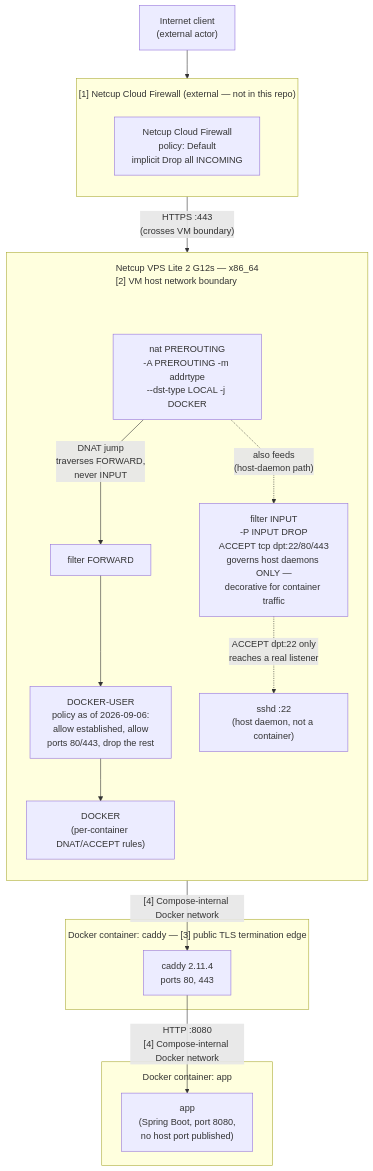
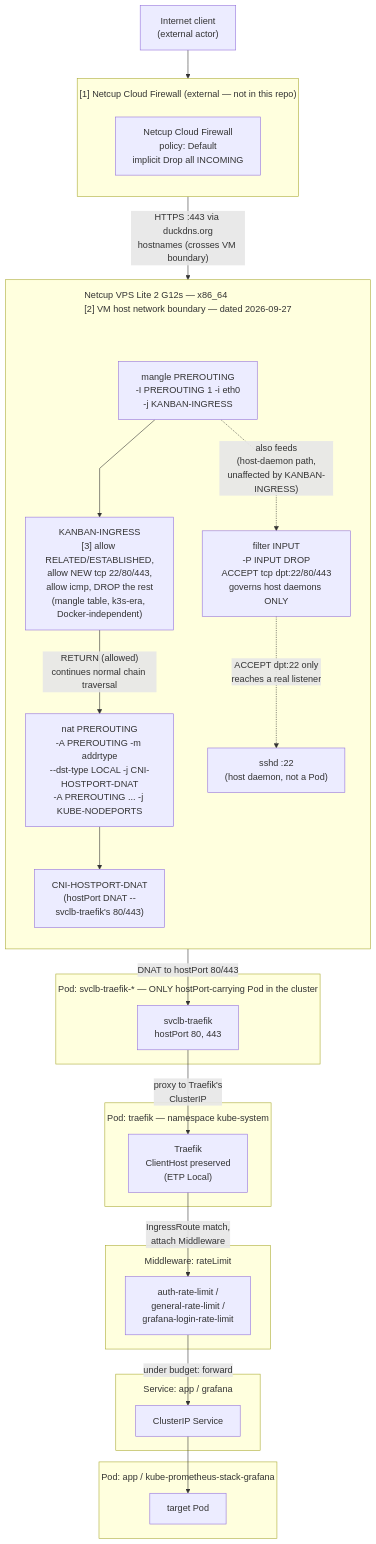
The diagram in docs/diagrams/infra-packet-path-scenario.mmd (RudVlad473/kanban-board-backend), drawn with Mermaid before and after one commit. The commit also changed 7 other files, not shown here.

```diff
--- a/docs/diagrams/infra-packet-path-scenario.mmd
+++ b/docs/diagrams/infra-packet-path-scenario.mmd
@@ -1,42 +1,54 @@
 %%{init: {"flowchart": {"subGraphTitleMargin": {"top": 15, "bottom": 15}, "curve": "linear"}}}%%
 flowchart TB
     client["Internet client<br/>(external actor)"]
 
     subgraph netcup_edge["[1] Netcup Cloud Firewall (external — not in this repo)"]
         direction TB
         netcup_fw["Netcup Cloud Firewall<br/>policy: Default<br/>implicit Drop all INCOMING"]
     end
 
-    subgraph vm["Netcup VPS Lite 2 G12s — x86_64<br/>[2] VM host network boundary"]
+    subgraph vm["Netcup VPS Lite 2 G12s — x86_64<br/>[2] VM host network boundary — dated 2026-09-27"]
         direction TB
 
         vm_spacer[" "]
         style vm_spacer height:1px,fill:none,stroke:none
 
-        prerouting["nat PREROUTING<br/>-A PREROUTING -m addrtype<br/>--dst-type LOCAL -j DOCKER"]
-        vm_spacer ~~~ prerouting
-        forward["filter FORWARD"]
-        docker_user["DOCKER-USER<br/>policy as of 2026-09-06:<br/>allow established, allow<br/>ports 80/443, drop the rest"]
-        docker_chain["DOCKER<br/>(per-container DNAT/ACCEPT rules)"]
+        mangle_pre["mangle PREROUTING<br/>-I PREROUTING 1 -i eth0<br/>-j KANBAN-INGRESS"]
+        vm_spacer ~~~ mangle_pre
+        kanban_ingress["KANBAN-INGRESS<br/>[3] allow RELATED/ESTABLISHED,<br/>allow NEW tcp 22/80/443,<br/>allow icmp, DROP the rest<br/>(mangle table, k3s-era, Docker-independent)"]
+        nat_pre["nat PREROUTING<br/>-A PREROUTING -m addrtype<br/>--dst-type LOCAL -j CNI-HOSTPORT-DNAT<br/>-A PREROUTING ... -j KUBE-NODEPORTS"]
+        cni_dnat["CNI-HOSTPORT-DNAT<br/>(hostPort DNAT --<br/>svclb-traefik's 80/443)"]
 
-        input["filter INPUT<br/>-P INPUT DROP<br/>ACCEPT tcp dpt:22/80/443<br/>governs host daemons ONLY —<br/>decorative for container traffic"]
-        sshd["sshd :22<br/>(host daemon, not a container)"]
+        input["filter INPUT<br/>-P INPUT DROP<br/>ACCEPT tcp dpt:22/80/443<br/>governs host daemons ONLY"]
+        sshd["sshd :22<br/>(host daemon, not a Pod)"]
 
-        prerouting -- "DNAT jump<br/>traverses FORWARD,<br/>never INPUT" --> forward
-        forward --> docker_user
-        docker_user --> docker_chain
-        prerouting -. "also feeds<br/>(host-daemon path)" .-> input
+        mangle_pre --> kanban_ingress
+        kanban_ingress -- "RETURN (allowed)<br/>continues normal chain traversal" --> nat_pre
+        nat_pre --> cni_dnat
+        mangle_pre -. "also feeds<br/>(host-daemon path,<br/>unaffected by KANBAN-INGRESS)" .-> input
         input -. "ACCEPT dpt:22 only<br/>reaches a real listener" .-> sshd
     end
 
-    subgraph caddy_box["Docker container: caddy — [3] public TLS termination edge"]
-        caddy["caddy 2.11.4<br/>ports 80, 443"]
+    subgraph svclb_box["Pod: svclb-traefik-* — ONLY hostPort-carrying Pod in the cluster"]
+        svclb["svclb-traefik<br/>hostPort 80, 443"]
     end
-    subgraph app_box["Docker container: app"]
-        app["app<br/>(Spring Boot, port 8080,<br/>no host port published)"]
+    subgraph traefik_box["Pod: traefik — namespace kube-system"]
+        traefik["Traefik<br/>ClientHost preserved<br/>(ETP Local)"]
+    end
+    subgraph mw_box["Middleware: rateLimit"]
+        mw["auth-rate-limit /<br/>general-rate-limit /<br/>grafana-login-rate-limit"]
+    end
+    subgraph svc_box["Service: app / grafana"]
+        svc["ClusterIP Service"]
+    end
+    subgraph pod_box["Pod: app / kube-prometheus-stack-grafana"]
+        pod["target Pod"]
     end
 
     client --> netcup_fw
-    netcup_fw -- "HTTPS :443<br/>(crosses VM boundary)" --> prerouting
-    docker_chain -- "[4] Compose-internal Docker network" --> caddy
-    caddy -- "HTTP :8080<br/>[4] Compose-internal Docker network" --> app
+    netcup_fw -- "HTTPS :443 via duckdns.org<br/>hostnames (crosses VM boundary)" --> mangle_pre
+    cni_dnat -- "DNAT to hostPort 80/443" --> svclb
+    svclb -- "proxy to Traefik's<br/>ClusterIP" --> traefik
+    traefik -- "IngressRoute match,<br/>attach Middleware" --> mw
+    mw -- "under budget: forward" --> svc
+    svc --> pod
```
